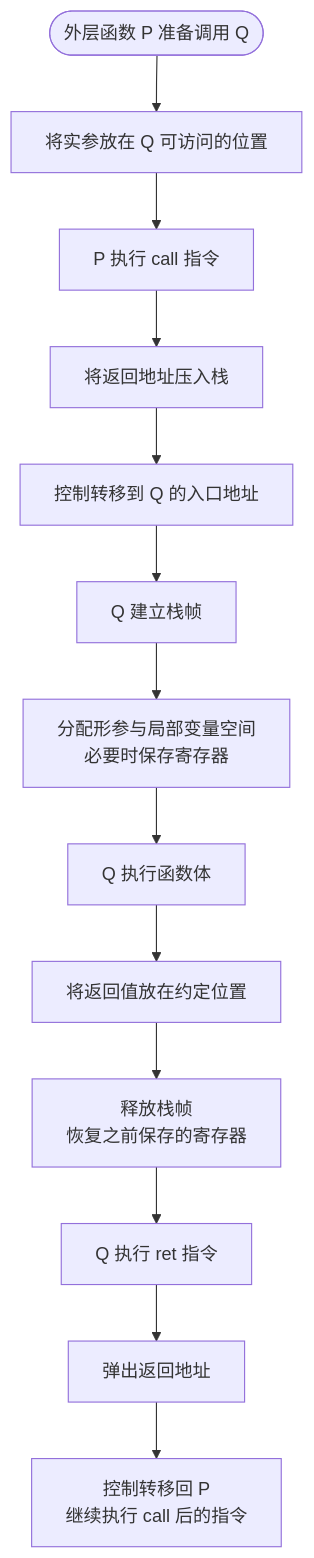
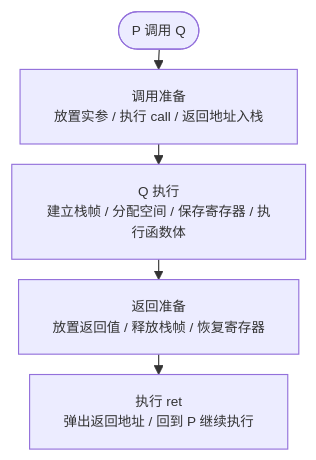
The diagram in source/_posts/CS/计组/指令系统.md (Yuukowww/Yuukowww.github.io), drawn with Mermaid before and after one commit. The commit also changed 2 other files, not shown here.

Commit message:
update: order sys mermaid

````diff
--- a/source/_posts/CS/计组/指令系统.md
+++ b/source/_posts/CS/计组/指令系统.md
@@ -119,23 +119,9 @@
 ```mermaid
+%%{init: {"flowchart": {"nodeSpacing": 14, "rankSpacing": 18, "diagramPadding": 6}, "themeVariables": {"fontSize": "12px"}}}%%
 graph TD
-    Start([外层函数 P 准备调用 Q]) --> Args[将实参放在 Q 可访问的位置]
-    
-    %% Call Path
-    Args --> Call[P 执行 call 指令]
-    Call --> PushRet[将返回地址压入栈]
-    PushRet --> EnterQ[控制转移到 Q 的入口地址]
-    
-    %% Callee Prologue
-    EnterQ --> Frame[Q 建立栈帧]
-    Frame --> Local[分配形参与局部变量空间<br>必要时保存寄存器]
-    
-    %% Function Body
-    Local --> Body[Q 执行函数体]
-    Body --> Result[将返回值放在约定位置]
-    
-    %% Return Path
-    Result --> Restore[释放栈帧<br>恢复之前保存的寄存器]
-    Restore --> Ret[Q 执行 ret 指令]
-    Ret --> PopRet[弹出返回地址]
-    PopRet --> BackP[控制转移回 P<br>继续执行 call 后的指令]
+    Start([P 调用 Q])
+    Start --> Call[调用准备<br>放置实参 / 执行 call / 返回地址入栈]
+    Call --> Execute[Q 执行<br>建立栈帧 / 分配空间 / 保存寄存器 / 执行函数体]
+    Execute --> Return[返回准备<br>放置返回值 / 释放栈帧 / 恢复寄存器]
+    Return --> Back[执行 ret<br>弹出返回地址 / 回到 P 继续执行]
 ```
````
